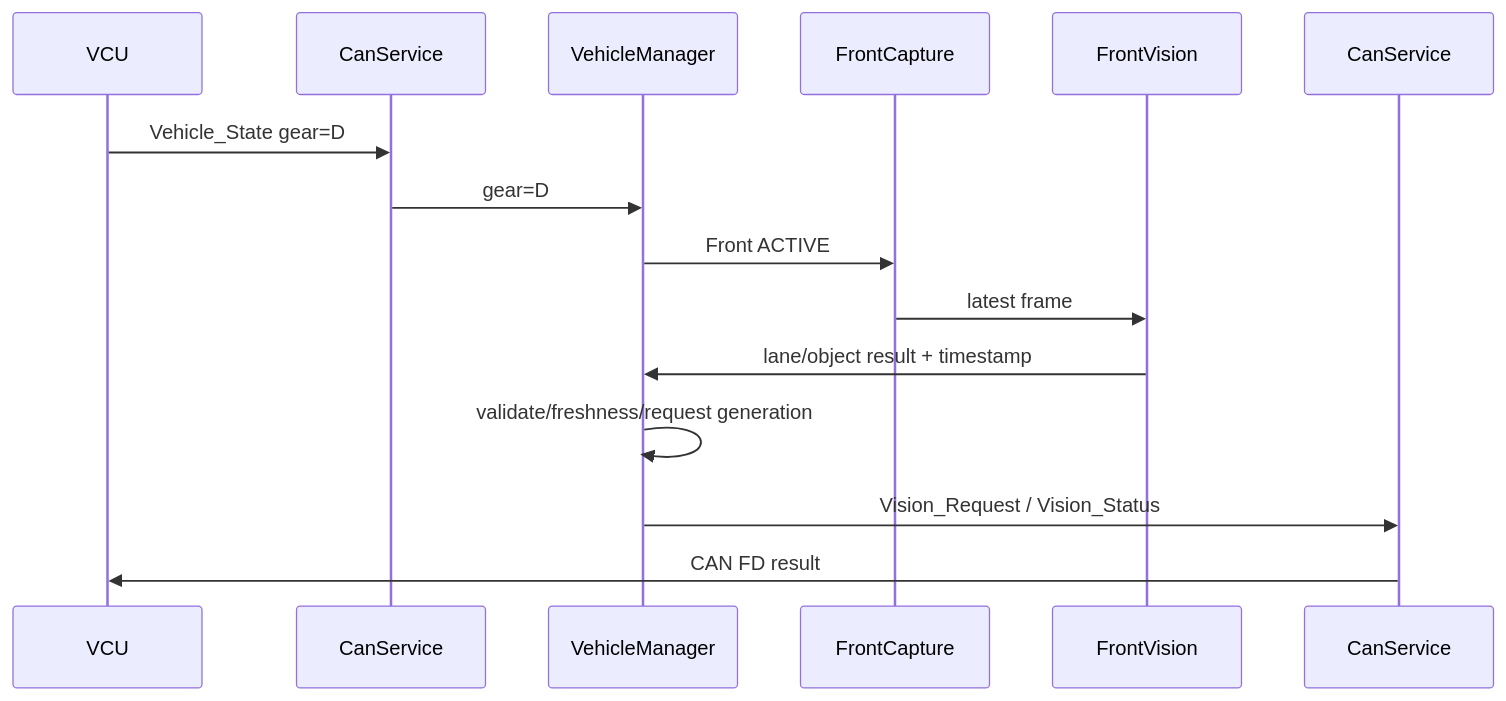
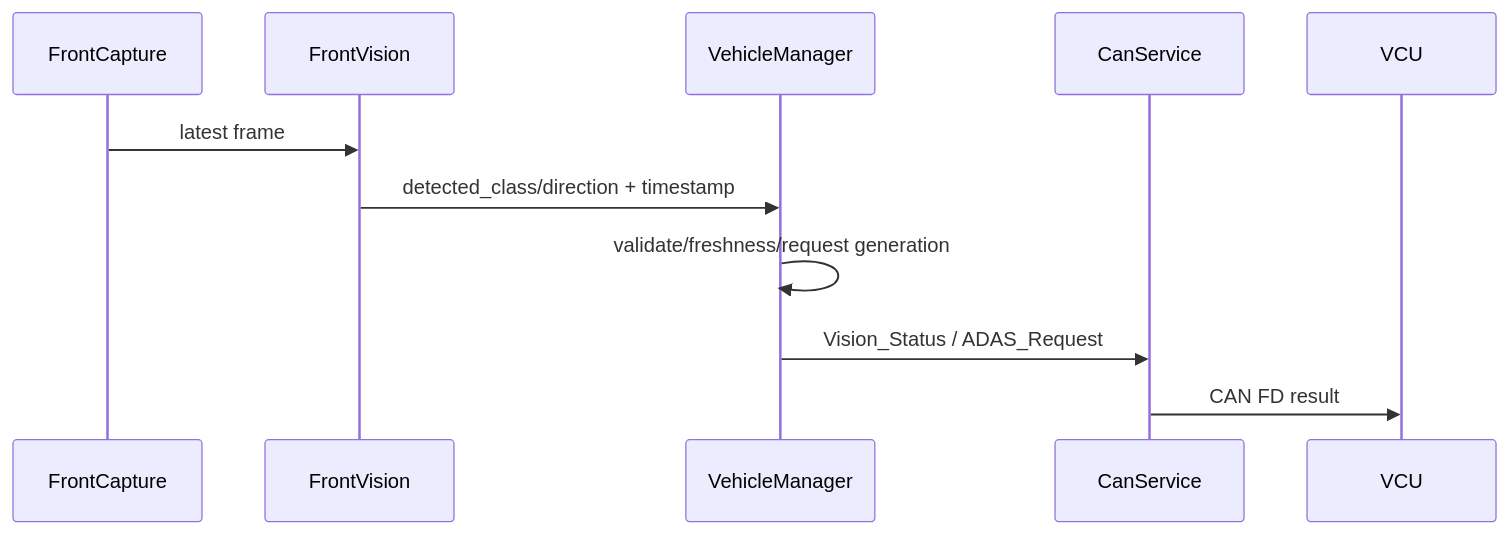
The second of 5 diagrams in docs/ecus/HPC_Camera_Vision/ARCHITECTURE.md (sunmaan22/SDV_MCU_Project), drawn with Mermaid before and after one commit. The commit also changed other lines of this file and 28 other files, not shown here.

````diff
--- a/docs/ecus/HPC_Camera_Vision/ARCHITECTURE.md
+++ b/docs/ecus/HPC_Camera_Vision/ARCHITECTURE.md
@@ -269,18 +256,14 @@
 ```mermaid
 sequenceDiagram
-    participant VCU
-    participant CAN as CanService
-    participant VM as VehicleManager
     participant CAP as FrontCapture
     participant VIS as FrontVision
+    participant VM as VehicleManager
     participant TX as CanService
+    participant VCU
 
-    VCU->>CAN: Vehicle_State gear=D
-    CAN->>VM: gear=D
-    VM->>CAP: Front ACTIVE
     CAP->>VIS: latest frame
-    VIS->>VM: lane/object result + timestamp
+    VIS->>VM: detected_class/direction + timestamp
     VM->>VM: validate/freshness/request generation
-    VM->>TX: Vision_Request / Vision_Status
+    VM->>TX: Vision_Status / ADAS_Request
     TX->>VCU: CAN FD result
 ```
````
